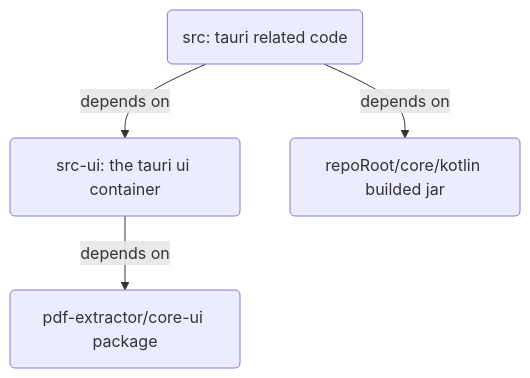
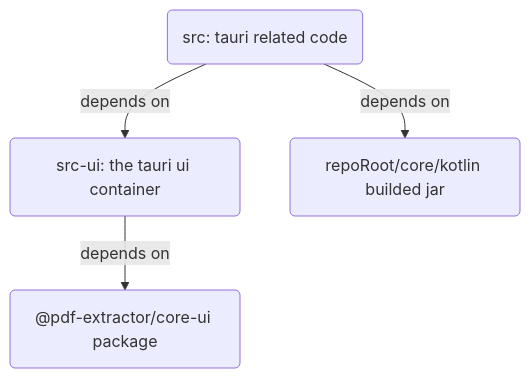
The second of 2 diagrams in playwright_play/udemy_1/README.md (leozhao0709/node), drawn with Mermaid before and after one commit. The commit also changed other lines of this file, not shown here.

Commit message:
minor update

````diff
--- a/playwright_play/udemy_1/README.md
+++ b/playwright_play/udemy_1/README.md
@@ -50,11 +50,11 @@
 ```mermaid
 flowchart TD
   src(src: tauri related code)
   src-ui(src-ui: the tauri ui container)
-  core-ui(pdf-extractor/core-ui package)
+  core-ui("@pdf-extractor/core-ui package")
   jar(repoRoot/core/kotlin builded jar)
 
   src-ui --depends on-->core-ui
   src --depends on-->jar
   src --depends on-->src-ui
 ```
````
